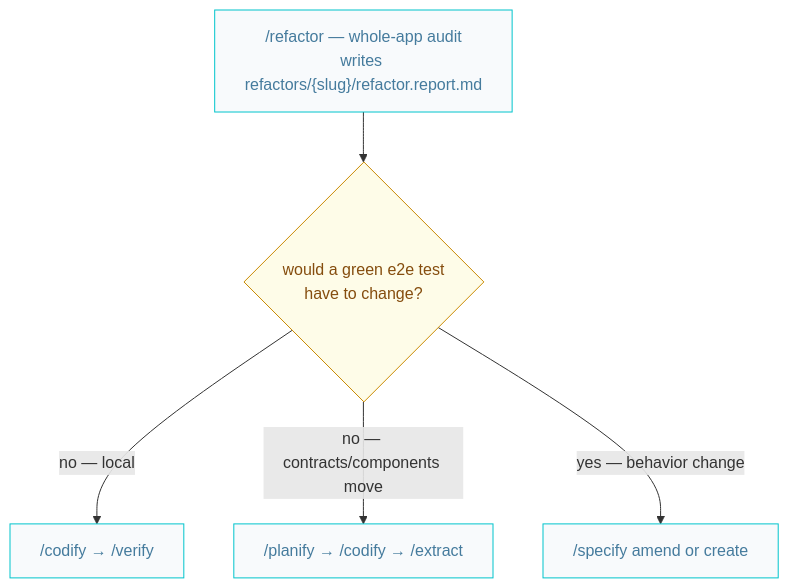
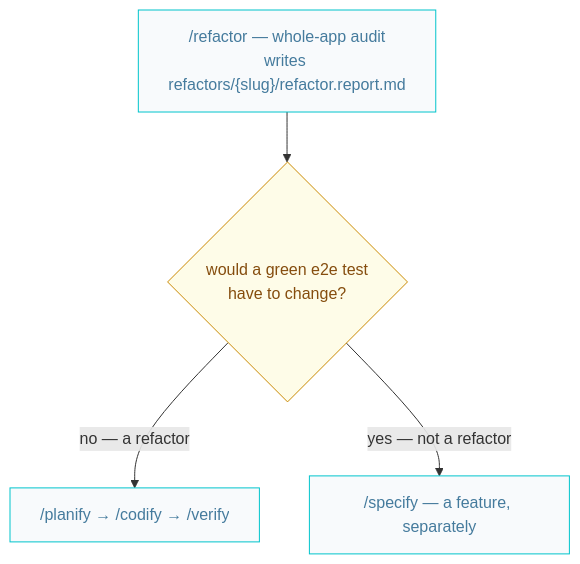
Before and after one commit to AIDDbot/AIDDbot: the eighth of 10 diagrams in docs/AIDD.workflow.md, drawn with Mermaid. The commit also changed other lines of this file and 20 other files, not shown here.

````diff
--- a/docs/AIDD.workflow.md
+++ b/docs/AIDD.workflow.md
@@ -281,10 +281,9 @@
 ```mermaid
 flowchart TD
   classDef nd fill:#f8fafc,stroke:#00c4cc,color:#457b9d
   classDef q fill:#fefce8,stroke:#ca8a04,color:#854d0e
 
   REF["/refactor — whole-app audit<br/>writes refactors/{slug}/refactor.report.md"]:::nd --> Q{"would a green e2e test<br/>have to change?"}:::q
-  Q -->|"no — local"| COD["/codify → /verify"]:::nd
-  Q -->|"no — contracts/components move"| PLN["/planify → /codify → /extract"]:::nd
-  Q -->|"yes — behavior change"| SPC["/specify amend or create"]:::nd
+  Q -->|"no — a refactor"| PLN["/planify → /codify → /verify"]:::nd
+  Q -->|"yes — not a refactor"| SPC["/specify — a feature, separately"]:::nd
 ```
````
